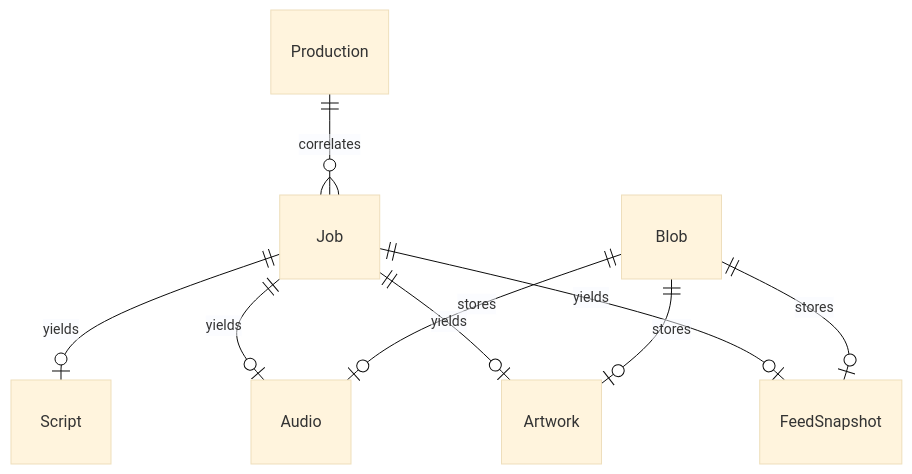
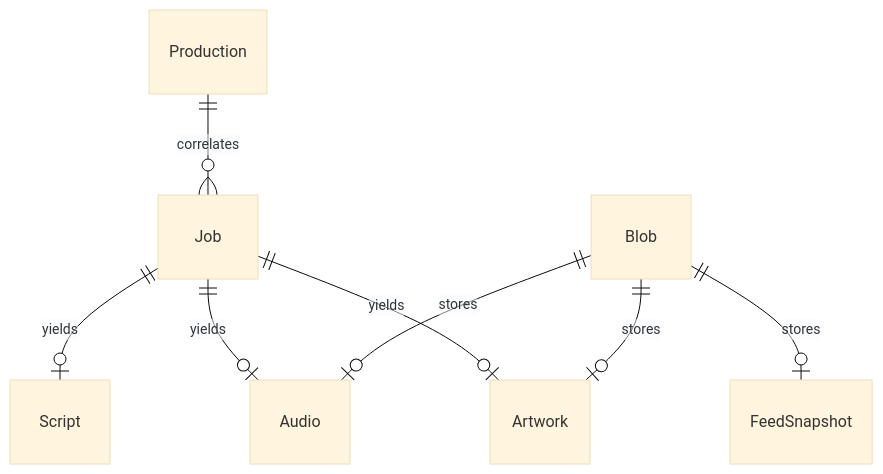
One commit to hskksk/podcaster changed the sixth of 6 diagrams in docs/architecture/podcast-domain-model-tobe.md. Above: the diagram before and after it, drawn with Mermaid (base theme). The commit also changed other lines of this file, not shown here.

Commit message:
docs(architecture): apply episode, feed, event store and tts chunk decisions

````diff
--- a/docs/architecture/podcast-domain-model-tobe.md
+++ b/docs/architecture/podcast-domain-model-tobe.md
@@ -459,11 +508,10 @@
 ```mermaid
 erDiagram
   Production ||--o{ Job : correlates
   Job ||--o| Script : yields
   Job ||--o| Audio : yields
   Job ||--o| Artwork : yields
-  Job ||--o| FeedSnapshot : yields
   Blob ||--o| Audio : stores
   Blob ||--o| Artwork : stores
   Blob ||--o| FeedSnapshot : stores
 ```
````
